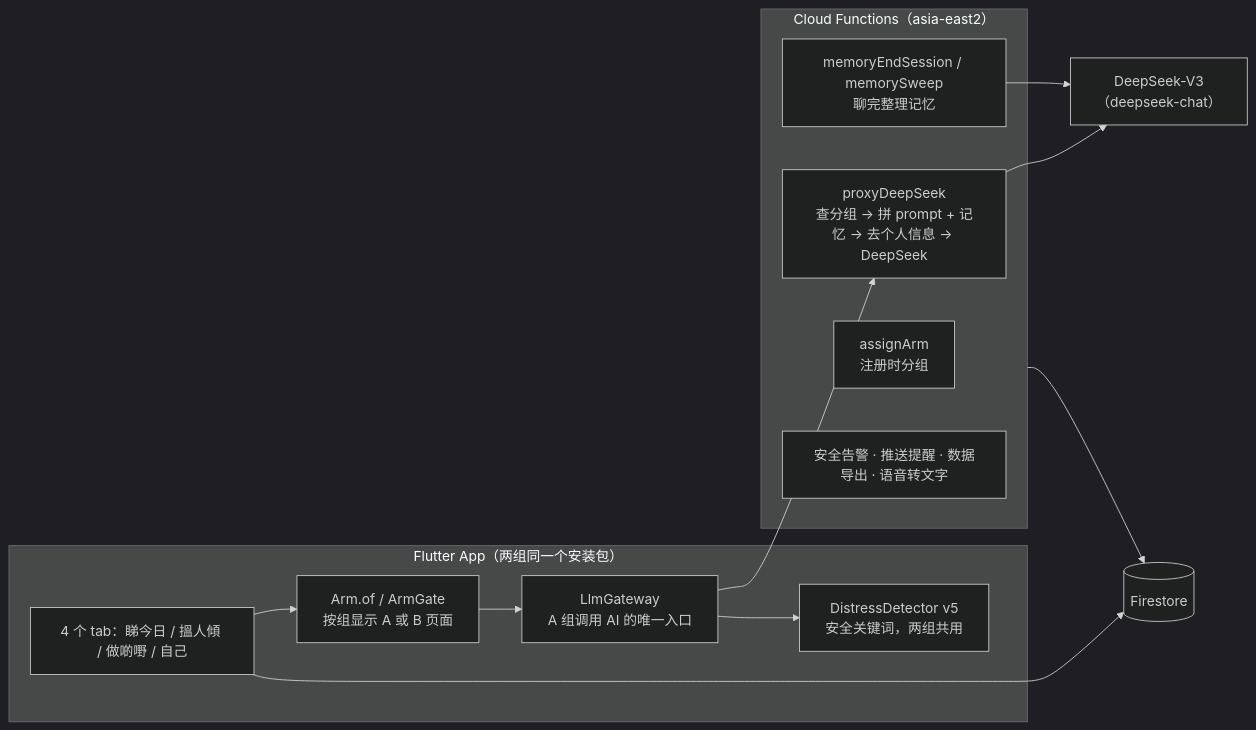
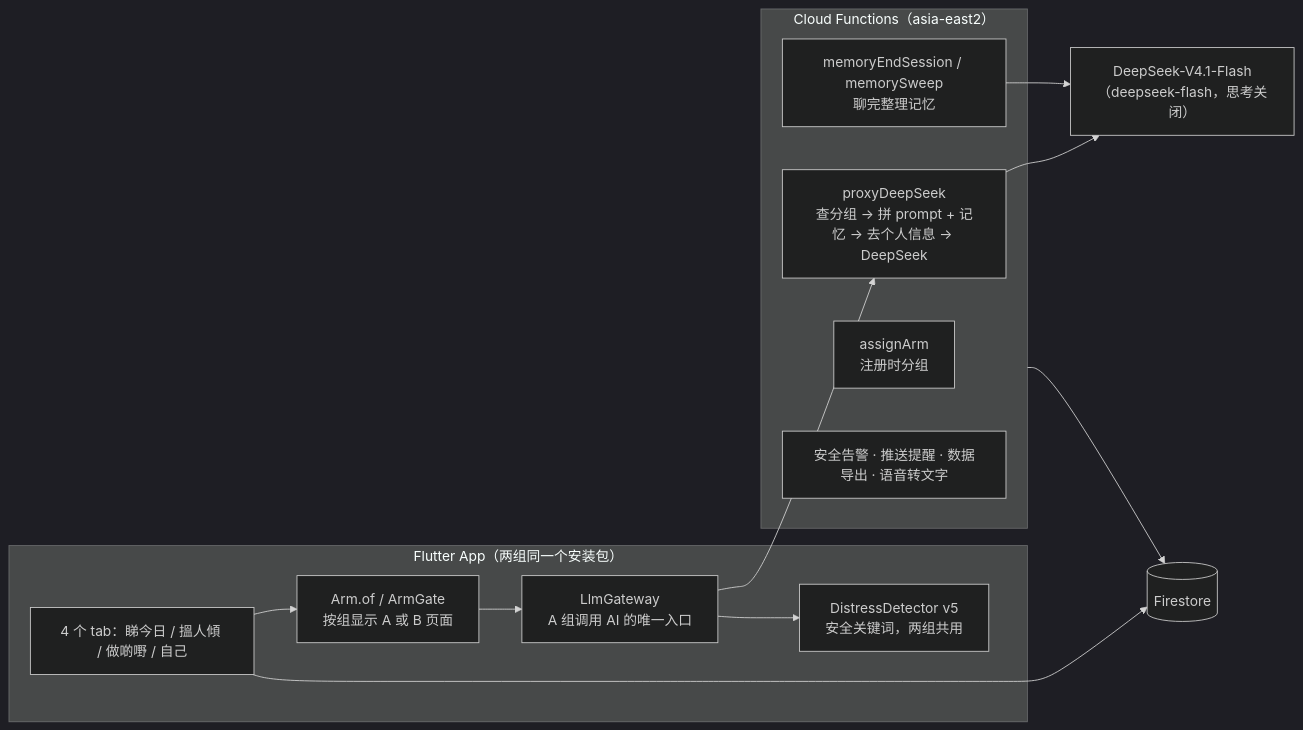
One commit to Junyu-Andy/LonelinessCombatting changed the diagram in docs/dev/architecture.md. Above: the diagram before and after it, drawn with Mermaid (dark theme). The commit also changed other lines of this file and 8 other files, not shown here.

First line of the commit message:
Request deepseek-flash with thinking off instead of the deepseek-chat alias

````diff
--- a/docs/dev/architecture.md
+++ b/docs/dev/architecture.md
@@ -12,22 +12,22 @@
 ```mermaid
 flowchart LR
   subgraph APP["Flutter App（两组同一个安装包）"]
     UI["4 个 tab：睇今日 / 搵人傾 / 做啲嘢 / 自己"]
     ARM["Arm.of / ArmGate<br/>按组显示 A 或 B 页面"]
     GW["LlmGateway<br/>A 组调用 AI 的唯一入口"]
     DD["DistressDetector v5<br/>安全关键词，两组共用"]
   end
   subgraph CF["Cloud Functions（asia-east2）"]
     PX["proxyDeepSeek<br/>查分组 → 拼 prompt + 记忆 → 去个人信息 → DeepSeek"]
     MEM["memoryEndSession / memorySweep<br/>聊完整理记忆"]
     AS["assignArm<br/>注册时分组"]
     OT["安全告警 · 推送提醒 · 数据导出 · 语音转文字"]
   end
   FS[("Firestore")]
-  DS["DeepSeek-V3<br/>（deepseek-chat）"]
+  DS["DeepSeek-V4.1-Flash<br/>（deepseek-flash，思考关闭）"]
   UI --> ARM --> GW --> DD
   GW --> PX --> DS
   MEM --> DS
   UI --> FS
   CF --> FS
 ```
````
